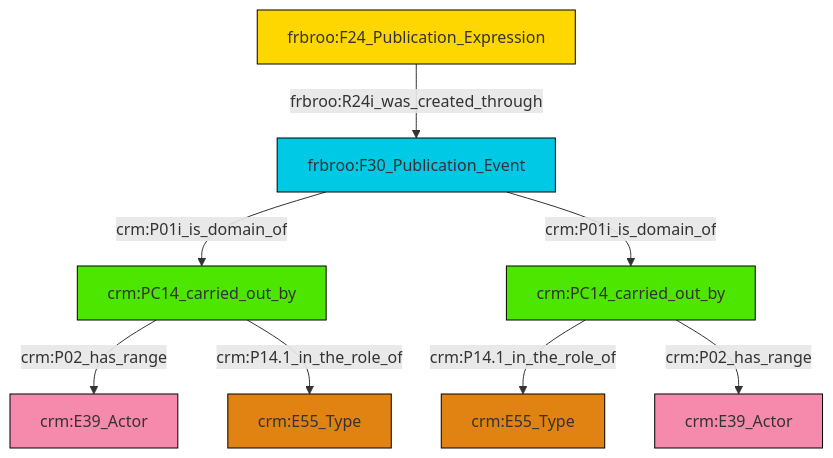
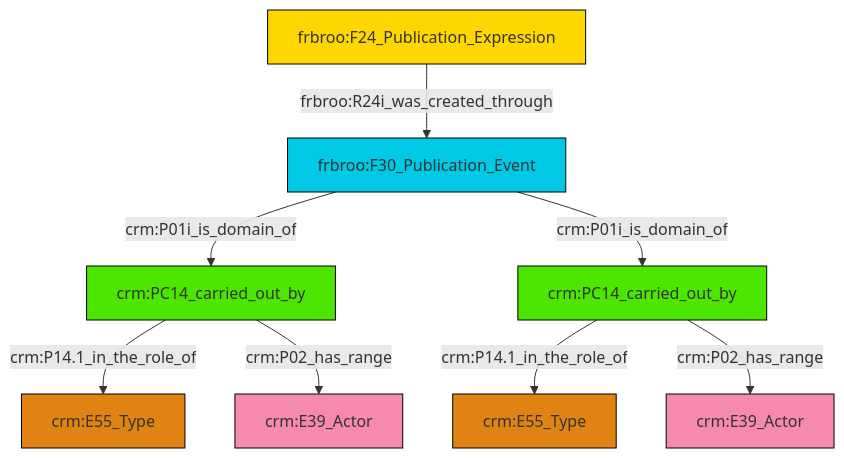
One commit to swiss-art-research-net/docs.swissartresearch changed the diagram in et/biblioCSV/ttl/mmd/biblio_actor_relations.ttl.mmd. Above: the diagram before and after it, drawn with Mermaid. The commit also changed 177 other files, not shown here.

```diff
--- a/et/biblioCSV/ttl/mmd/biblio_actor_relations.ttl.mmd
+++ b/et/biblioCSV/ttl/mmd/biblio_actor_relations.ttl.mmd
@@ -1,22 +1,22 @@
 graph TD
 classDef Literal fill:#f2f2f2,stroke:#000000;
 classDef CRM_Entity fill:#FFFFFF,stroke:#000000;
 classDef Temporal_Entity fill:#00C9E6, stroke:#000000;
 classDef Type fill:#E18312, stroke:#000000;
 classDef Time-Span fill:#2C9C91, stroke:#000000;
 classDef Appellation fill:#FFEB7F, stroke:#000000;
 classDef Place fill:#008836, stroke:#000000;
 classDef Persistent_Item fill:#B266B2, stroke:#000000;
 classDef Conceptual_Object fill:#FFD700, stroke:#000000;
 classDef Physical_Thing fill:#D2B48C, stroke:#000000;
 classDef Actor fill:#f58aad, stroke:#000000;
 classDef PC_Classes fill:#4ce600, stroke:#000000;
 classDef Multi fill:#cccccc,stroke:#000000;
 
-0["crm:PC14_carried_out_by"]:::PC_Classes -->|crm:P14.1_in_the_role_of| 1["crm:E55_Type"]:::Type
-2["crm:PC14_carried_out_by"]:::PC_Classes -->|crm:P02_has_range| 3["crm:E39_Actor"]:::Actor
-7["frbroo:F30_Publication_Event"]:::Temporal_Entity -->|crm:P01i_is_domain_of| 2["crm:PC14_carried_out_by"]:::PC_Classes
-9["frbroo:F24_Publication_Expression"]:::Conceptual_Object -->|frbroo:R24i_was_created_through| 7["frbroo:F30_Publication_Event"]:::Temporal_Entity
-7["frbroo:F30_Publication_Event"]:::Temporal_Entity -->|crm:P01i_is_domain_of| 0["crm:PC14_carried_out_by"]:::PC_Classes
-0["crm:PC14_carried_out_by"]:::PC_Classes -->|crm:P02_has_range| 10["crm:E39_Actor"]:::Actor
-2["crm:PC14_carried_out_by"]:::PC_Classes -->|crm:P14.1_in_the_role_of| 4["crm:E55_Type"]:::Type
+0["frbroo:F24_Publication_Expression"]:::Conceptual_Object -->|frbroo:R24i_was_created_through| 1["frbroo:F30_Publication_Event"]:::Temporal_Entity
+1["frbroo:F30_Publication_Event"]:::Temporal_Entity -->|crm:P01i_is_domain_of| 2["crm:PC14_carried_out_by"]:::PC_Classes
+1["frbroo:F30_Publication_Event"]:::Temporal_Entity -->|crm:P01i_is_domain_of| 9["crm:PC14_carried_out_by"]:::PC_Classes
+2["crm:PC14_carried_out_by"]:::PC_Classes -->|crm:P14.1_in_the_role_of| 3["crm:E55_Type"]:::Type
+2["crm:PC14_carried_out_by"]:::PC_Classes -->|crm:P02_has_range| 10["crm:E39_Actor"]:::Actor
+9["crm:PC14_carried_out_by"]:::PC_Classes -->|crm:P14.1_in_the_role_of| 7["crm:E55_Type"]:::Type
+9["crm:PC14_carried_out_by"]:::PC_Classes -->|crm:P02_has_range| 5["crm:E39_Actor"]:::Actor
```
